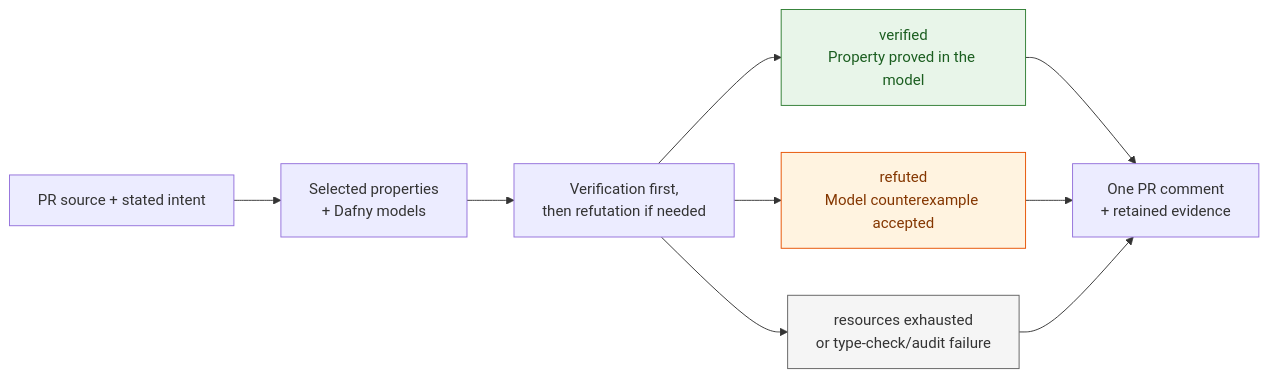
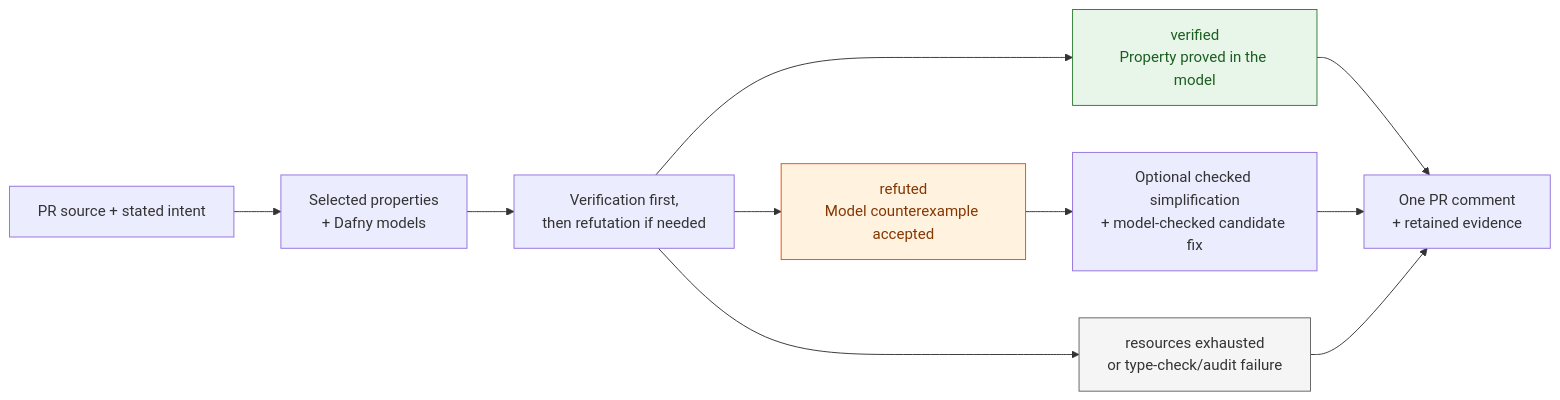
One commit to microsoft/neuro-formal-verification changed the diagram in workflow/README.md. Above: the diagram before and after it, drawn with Mermaid. The commit also changed other lines of this file, not shown here.

First line of the commit message:
Explain failure minimization and checked fixes in workflow overview

````diff
--- a/workflow/README.md
+++ b/workflow/README.md
@@ -44,17 +53,18 @@
 ```mermaid
 flowchart LR
     PR["PR source + stated intent"] --> Properties["Selected properties<br/>+ Dafny models"]
     Properties --> Checks["Verification first,<br/>then refutation if needed"]
     Checks --> Verified["verified<br/>Property proved in the model"]
     Checks --> Refuted["refuted<br/>Model counterexample accepted"]
     Checks --> Unresolved["resources exhausted<br/>or type-check/audit failure"]
     Verified --> Report["One PR comment<br/>+ retained evidence"]
-    Refuted --> Report
+    Refuted --> Followups["Optional checked simplification<br/>+ model-checked candidate fix"]
+    Followups --> Report
     Unresolved --> Report
     classDef proved fill:#e8f5e9,stroke:#2e7d32,color:#1b5e20
     classDef refuted fill:#fff3e0,stroke:#e65100,color:#843600
     classDef unresolved fill:#f5f5f5,stroke:#616161,color:#333333
     class Verified proved
     class Refuted refuted
     class Unresolved unresolved
 ```
````
